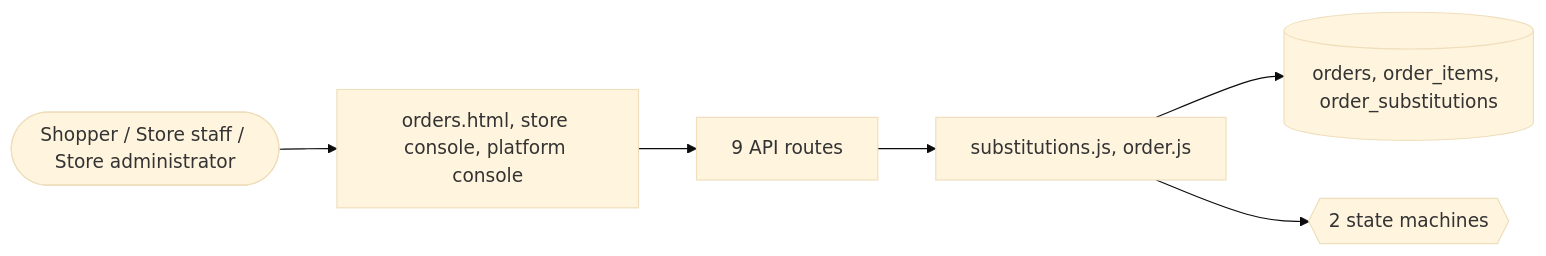
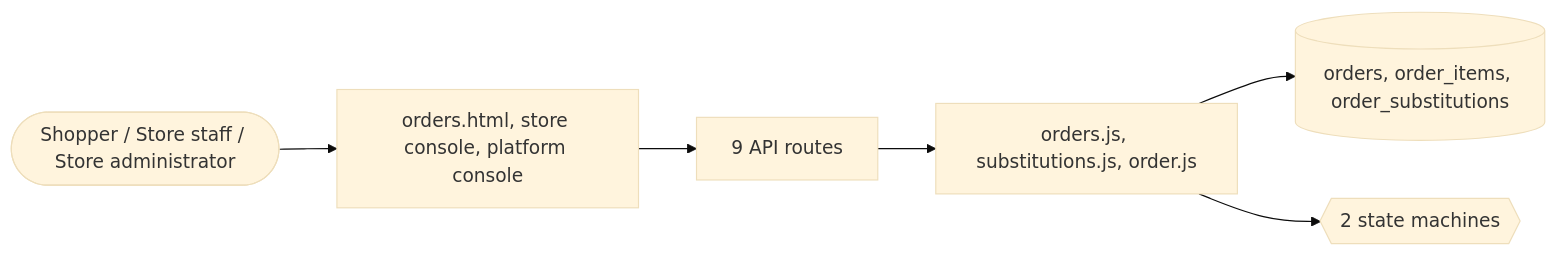
The third of 3 diagrams in docs/domains/order.md (echelonxventures-Projects/universal-product), drawn with Mermaid (base theme) before and after one commit. The commit also changed other lines of this file and 22 other files, not shown here.

````diff
--- a/docs/domains/order.md
+++ b/docs/domains/order.md
@@ -153,8 +157,8 @@
 ```mermaid
 flowchart LR
   U([Shopper / Store staff / Store administrator]) --> UI[orders.html, store console, platform console]
   UI --> API[9 API routes]
-  API --> ENG[substitutions.js, order.js]
+  API --> ENG[orders.js, substitutions.js, order.js]
   ENG --> DB[(orders, order_items, order_substitutions)]
   ENG --> SM{{2 state machines}}
 ```
````
